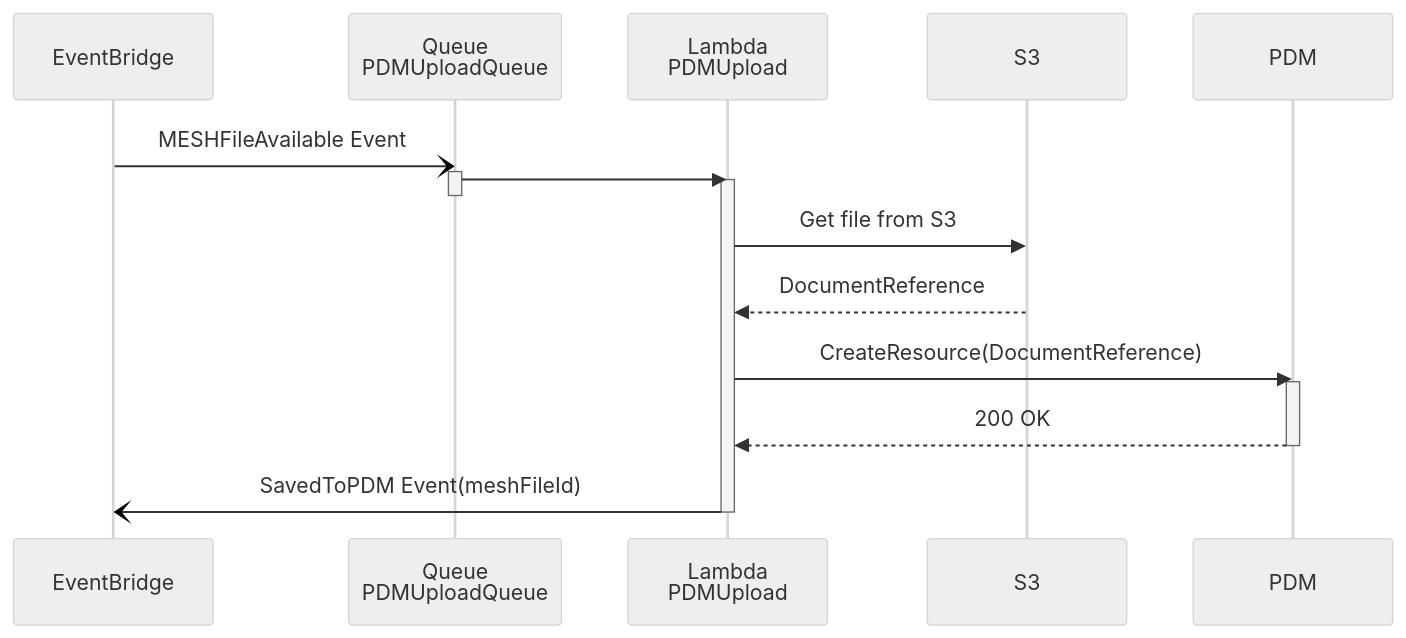
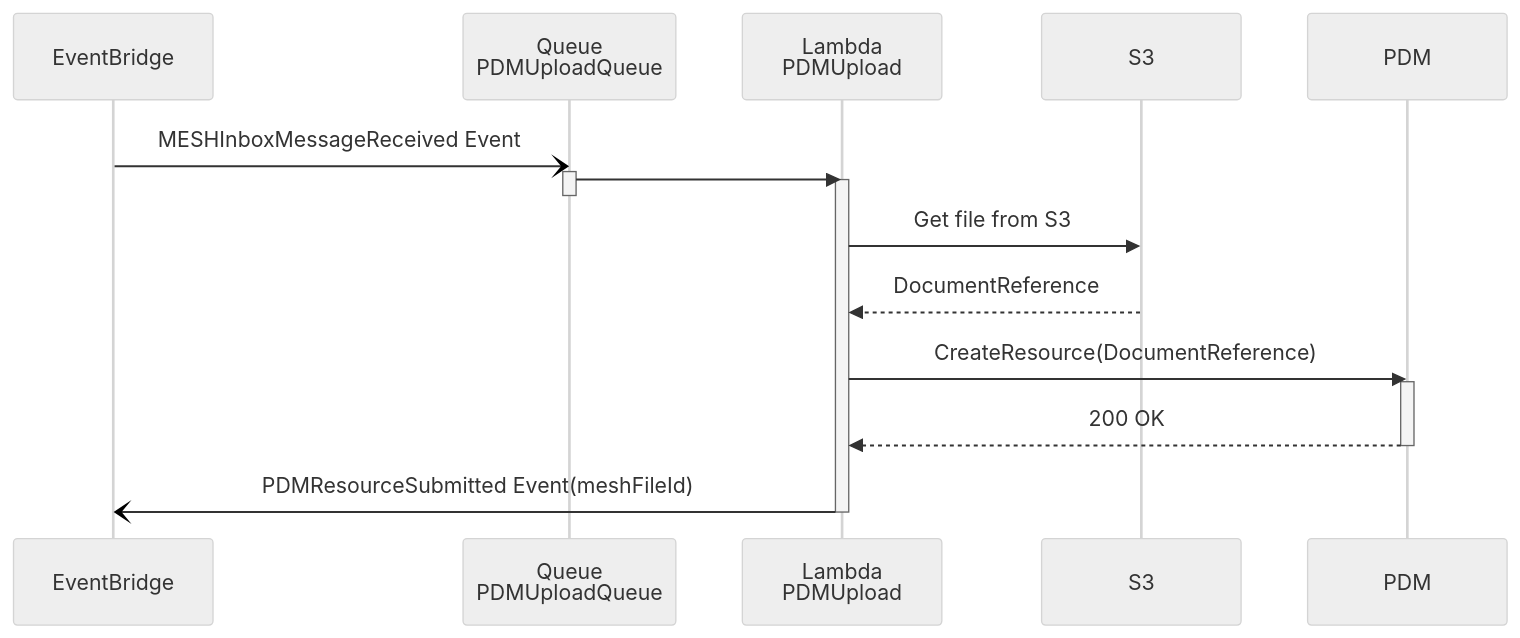
Before and after one commit to RossBugginsNHS/nhs-notify-digital-letters: the diagram in docs/diagrams/pdm-upload.md, drawn with Mermaid (neutral theme). The commit also changed 20 other files, not shown here.

First line of the commit message:
CCM-12774: Updated event names. Added reporting architecture (#77)

````diff
--- a/docs/diagrams/pdm-upload.md
+++ b/docs/diagrams/pdm-upload.md
@@ -14,23 +14,23 @@
 ```mermaid
 
 sequenceDiagram
   participant eventBus as EventBridge
   participant pdmUploadQueue as Queue<br/>PDMUploadQueue
   participant pdmUpload as Lambda<br/>PDMUpload
   participant s3 as S3
   participant pdm as PDM
 
-  eventBus -) pdmUploadQueue: MESHFileAvailable Event
+  eventBus -) pdmUploadQueue: MESHInboxMessageReceived Event
   activate pdmUploadQueue
   pdmUploadQueue ->> pdmUpload:
   deactivate pdmUploadQueue
   activate pdmUpload
   pdmUpload ->> s3: Get file from S3
   s3 -->> pdmUpload: DocumentReference
   pdmUpload ->> pdm: CreateResource(DocumentReference)
   activate pdm
   pdm -->> pdmUpload: 200 OK
   deactivate pdm
-  pdmUpload -) eventBus: SavedToPDM Event(meshFileId)
+  pdmUpload -) eventBus: PDMResourceSubmitted Event(meshFileId)
   deactivate pdmUpload
 ```
````
